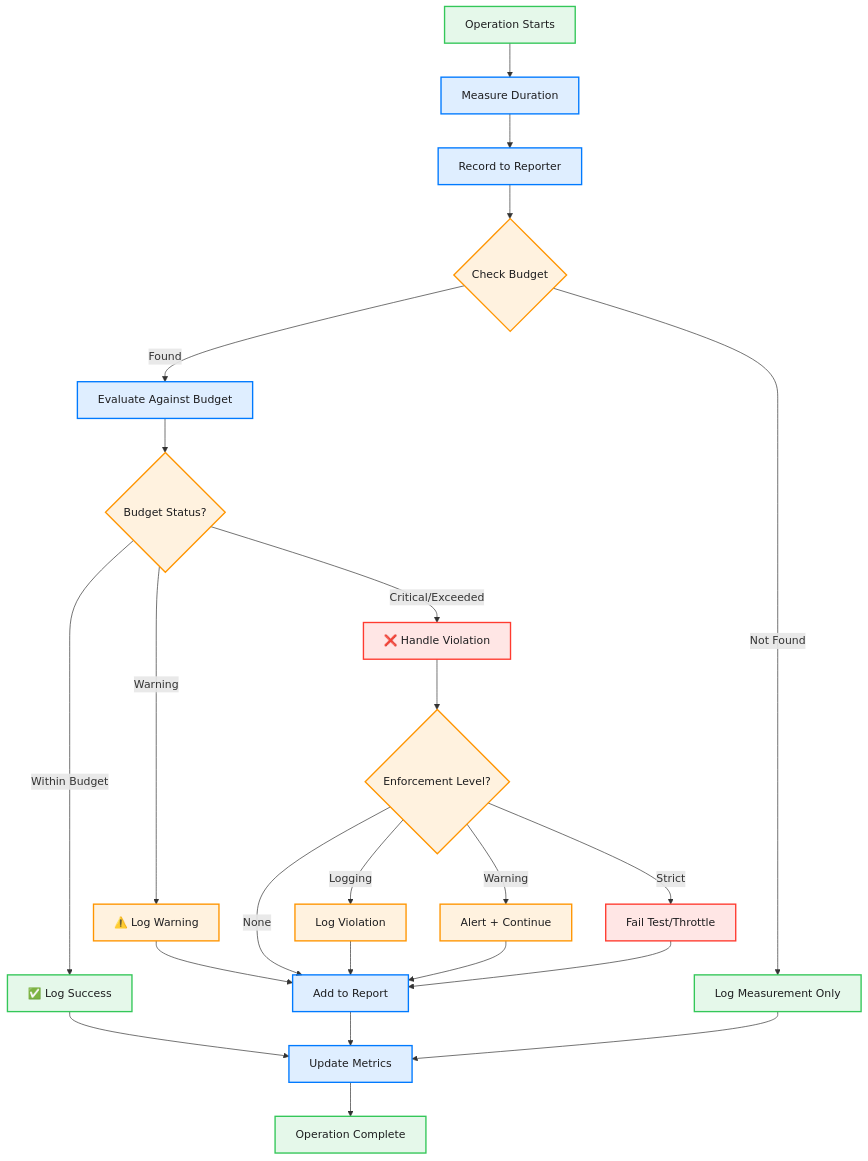
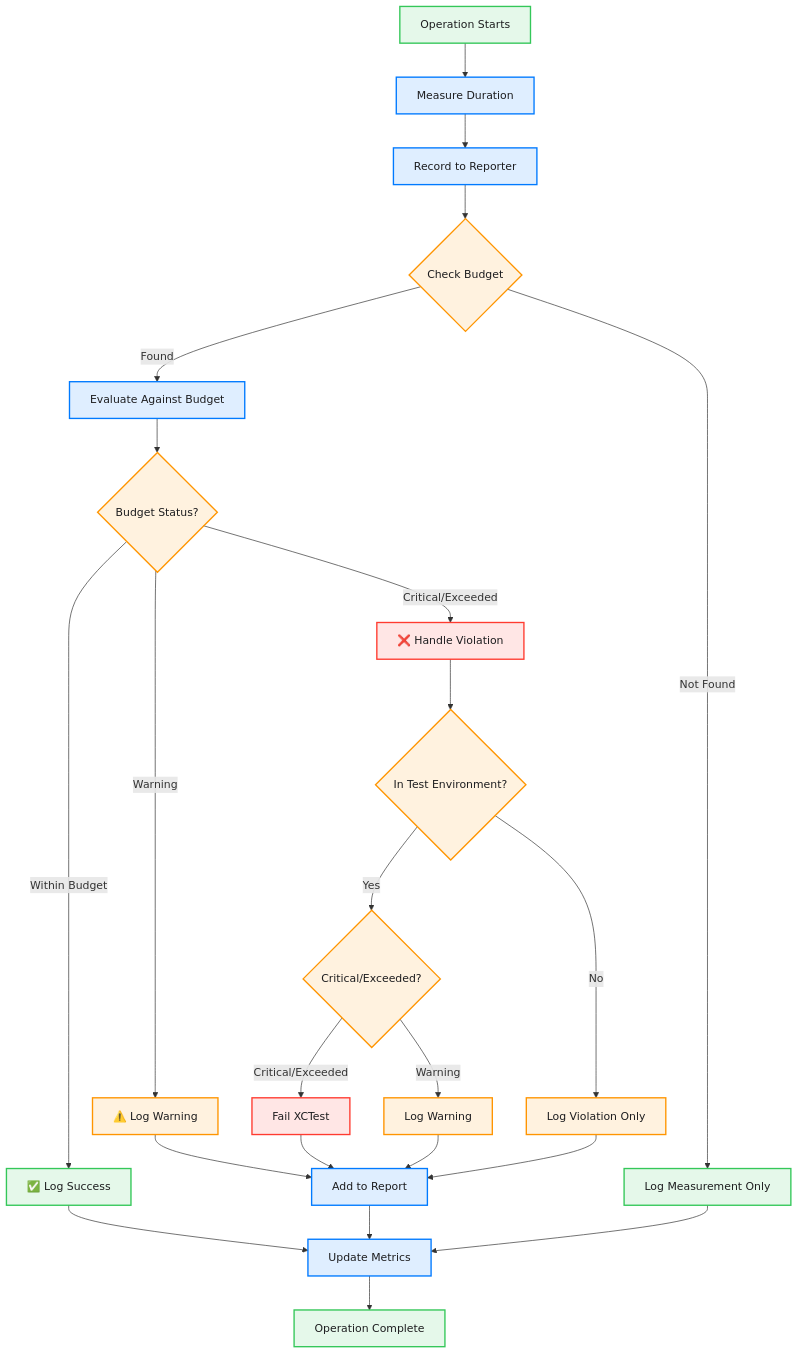
One commit to ajmcclary/CodeEditorKit changed the second of 2 diagrams in Diagrams/28-performance-budget-system.md. Above: the diagram before and after it, drawn with Mermaid. The commit also changed other lines of this file and 29 other files, not shown here.

First line of the commit message:
Enhance architecture documentation and add debugging integration

````diff
--- a/Diagrams/28-performance-budget-system.md
+++ b/Diagrams/28-performance-budget-system.md
@@ -186,58 +166,60 @@
 ```mermaid
 flowchart TD
     START[Operation Starts] --> MEASURE[Measure Duration]
     MEASURE --> RECORD[Record to Reporter]
     
     RECORD --> CHECK{Check Budget}
     CHECK -->|Found| EVALUATE[Evaluate Against Budget]
     CHECK -->|Not Found| LOG[Log Measurement Only]
     
     EVALUATE --> STATUS{Budget Status?}
     STATUS -->|Within Budget| SUCCESS[✅ Log Success]
     STATUS -->|Warning| WARN[⚠️ Log Warning]
     STATUS -->|Critical/Exceeded| FAIL[❌ Handle Violation]
     
     WARN --> REPORT[Add to Report]
-    FAIL --> ENFORCE{Enforcement Level?}
+    FAIL --> TEST_ENV{In Test Environment?}
     
-    ENFORCE -->|None| REPORT
-    ENFORCE -->|Logging| LOG_VIOLATION[Log Violation]
-    ENFORCE -->|Warning| ALERT[Alert + Continue]
-    ENFORCE -->|Strict| THROW[Fail Test/Throttle]
+    TEST_ENV -->|Yes| CHECK_SEVERITY{Critical/Exceeded?}
+    TEST_ENV -->|No| LOG_VIOLATION[Log Violation Only]
+    
+    CHECK_SEVERITY -->|Critical/Exceeded| FAIL_TEST[Fail XCTest]
+    CHECK_SEVERITY -->|Warning| LOG_WARNING[Log Warning]
     
     LOG_VIOLATION --> REPORT
-    ALERT --> REPORT
-    THROW --> REPORT
+    LOG_WARNING --> REPORT
+    FAIL_TEST --> REPORT
     
     SUCCESS --> METRICS[Update Metrics]
     LOG --> METRICS
     REPORT --> METRICS
     
     METRICS --> END[Operation Complete]
 
     %% Styling
     classDef start fill:#34C75920,stroke:#34C759,stroke-width:2px,color:#1D1D1F
     classDef process fill:#007AFF20,stroke:#007AFF,stroke-width:2px,color:#1D1D1F
     classDef decision fill:#FF950020,stroke:#FF9500,stroke-width:2px,color:#1D1D1F
     classDef success fill:#34C75920,stroke:#34C759,stroke-width:2px,color:#1D1D1F
     classDef warning fill:#FF950020,stroke:#FF9500,stroke-width:2px,color:#1D1D1F
     classDef error fill:#FF3B3020,stroke:#FF3B30,stroke-width:2px,color:#1D1D1F
     
     class START start
     class END start
     class MEASURE process
     class RECORD process
     class EVALUATE process
     class REPORT process
     class METRICS process
     class CHECK decision
     class STATUS decision
-    class ENFORCE decision
+    class TEST_ENV decision
+    class CHECK_SEVERITY decision
     class SUCCESS success
     class LOG success
     class WARN warning
-    class ALERT warning
+    class LOG_WARNING warning
     class LOG_VIOLATION warning
     class FAIL error
-    class THROW error
+    class FAIL_TEST error
 ```
````
